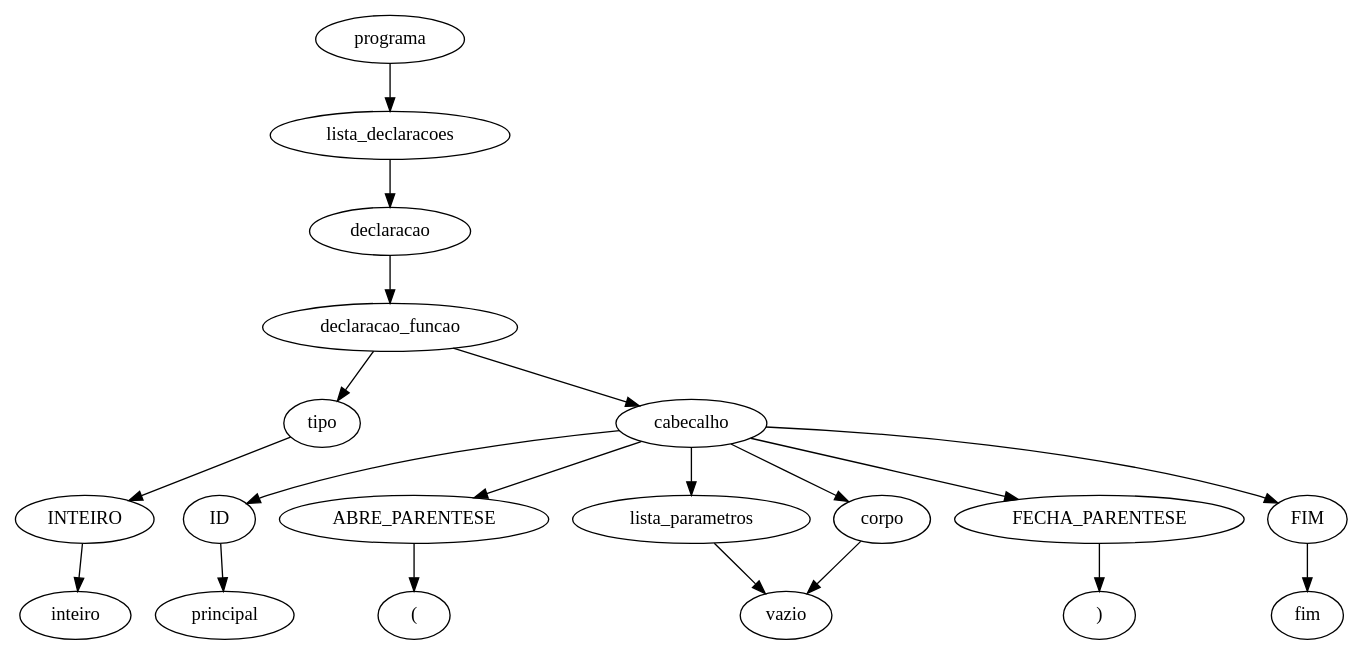
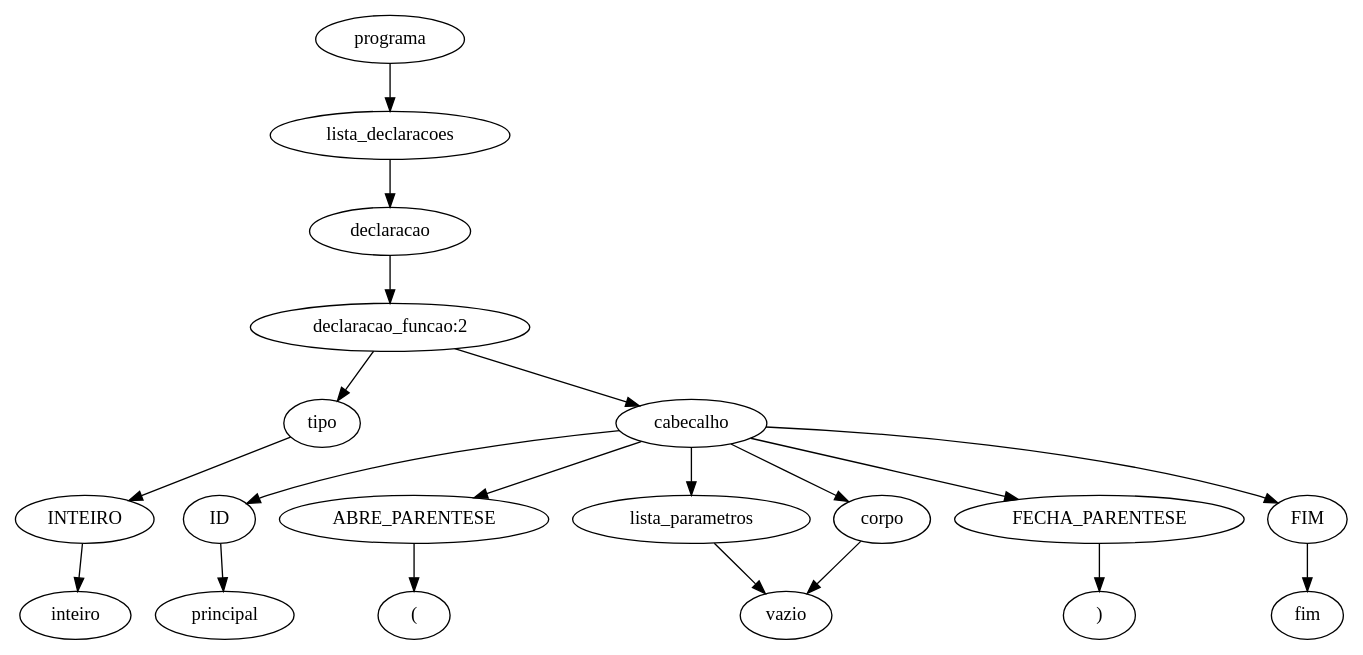
Before and after one commit to JuanFSR/Compiladores: the diagram in 7.AnaliseSemantica/BCC__BCC36B__P[3]__JuanRangel__2046385/implementacao/sintatica-testes/erro-003.tpp.ast.dot, drawn with Graphviz. The commit also changed 90 other files, not shown here.

```diff
--- a/7.AnaliseSemantica/BCC__BCC36B__P[3]__JuanRangel__2046385/implementacao/sintatica-testes/erro-003.tpp.ast.dot
+++ b/7.AnaliseSemantica/BCC__BCC36B__P[3]__JuanRangel__2046385/implementacao/sintatica-testes/erro-003.tpp.ast.dot
@@ -1,41 +1,41 @@
 digraph tree {
     "programa";
     "lista_declaracoes";
     "declaracao";
-    "declaracao_funcao";
+    "declaracao_funcao:2";
     "tipo";
     "INTEIRO";
     "inteiro";
     "cabecalho";
     "ID";
     "principal";
     "ABRE_PARENTESE";
     "(";
     "lista_parametros";
     "vazio";
     "FECHA_PARENTESE";
     ")";
     "corpo";
     "vazio";
     "FIM";
     "fim";
     "programa" -> "lista_declaracoes";
     "lista_declaracoes" -> "declaracao";
-    "declaracao" -> "declaracao_funcao";
-    "declaracao_funcao" -> "tipo";
-    "declaracao_funcao" -> "cabecalho";
+    "declaracao" -> "declaracao_funcao:2";
+    "declaracao_funcao:2" -> "tipo";
+    "declaracao_funcao:2" -> "cabecalho";
     "tipo" -> "INTEIRO";
     "INTEIRO" -> "inteiro";
     "cabecalho" -> "ID";
     "cabecalho" -> "ABRE_PARENTESE";
     "cabecalho" -> "lista_parametros";
     "cabecalho" -> "FECHA_PARENTESE";
     "cabecalho" -> "corpo";
     "cabecalho" -> "FIM";
     "ID" -> "principal";
     "ABRE_PARENTESE" -> "(";
     "lista_parametros" -> "vazio";
     "FECHA_PARENTESE" -> ")";
     "corpo" -> "vazio";
     "FIM" -> "fim";
 }
```
